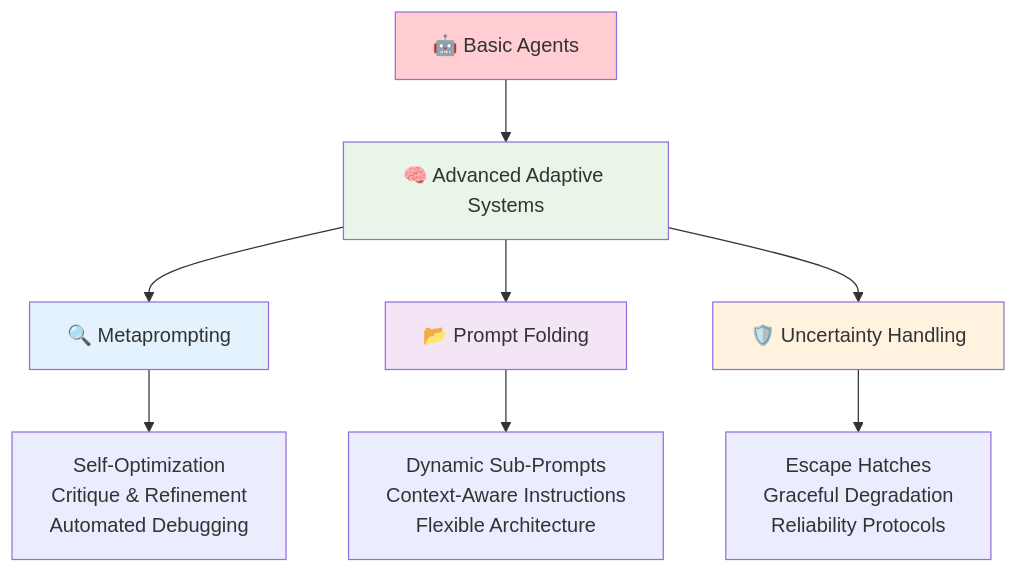
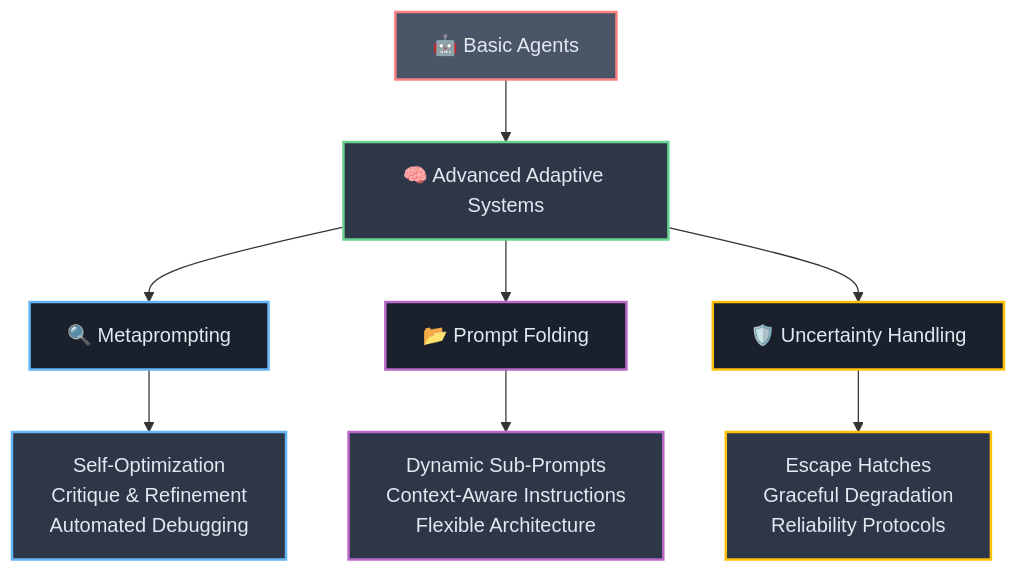
One commit to josemlopez/prompt_tutorial changed the first of 5 diagrams in Part_II_Section_7_Advanced_Agentic_Prompting_Metaprogramming_and_Self-Correction.md. Above: the diagram before and after it, drawn with Mermaid. The commit also changed other lines of this file and 7 other files, not shown here.

````diff
--- a/Part_II_Section_7_Advanced_Agentic_Prompting_Metaprogramming_and_Self-Correction.md
+++ b/Part_II_Section_7_Advanced_Agentic_Prompting_Metaprogramming_and_Self-Correction.md
@@ -5,20 +5,23 @@
 ```mermaid
 graph TB
-    A[🤖 Basic Agents] --> B[🧠 Advanced Adaptive Systems]
-    
-    B --> C[🔍 Metaprompting]
-    B --> D[📂 Prompt Folding]
-    B --> E[🛡️ Uncertainty Handling]
-    
-    C --> F[Self-Optimization<br/>Critique & Refinement<br/>Automated Debugging]
-    
-    D --> G[Dynamic Sub-Prompts<br/>Context-Aware Instructions<br/>Flexible Architecture]
-    
-    E --> H[Escape Hatches<br/>Graceful Degradation<br/>Reliability Protocols]
-    
-    style A fill:#ffcdd2
-    style B fill:#e8f5e8
-    style C fill:#e3f2fd
-    style D fill:#f3e5f5
-    style E fill:#fff3e0
+   A[🤖 Basic Agents] --> B[🧠 Advanced Adaptive Systems]
+   
+   B --> C[🔍 Metaprompting]
+   B --> D[📂 Prompt Folding]
+   B --> E[🛡️ Uncertainty Handling]
+   
+   C --> F[Self-Optimization<br/>Critique & Refinement<br/>Automated Debugging]
+   
+   D --> G[Dynamic Sub-Prompts<br/>Context-Aware Instructions<br/>Flexible Architecture]
+   
+   E --> H[Escape Hatches<br/>Graceful Degradation<br/>Reliability Protocols]
+   
+   style A fill:#4a5568,stroke:#fc8181,stroke-width:2px,color:#e2e8f0
+   style B fill:#2d3748,stroke:#68d391,stroke-width:2px,color:#e2e8f0
+   style C fill:#1a202c,stroke:#64b5f6,stroke-width:2px,color:#e2e8f0
+   style D fill:#1a202c,stroke:#ba68c8,stroke-width:2px,color:#e2e8f0
+   style E fill:#1a202c,stroke:#ffc107,stroke-width:2px,color:#e2e8f0
+   style F fill:#2d3748,stroke:#64b5f6,stroke-width:2px,color:#e2e8f0
+   style G fill:#2d3748,stroke:#ba68c8,stroke-width:2px,color:#e2e8f0
+   style H fill:#2d3748,stroke:#ffc107,stroke-width:2px,color:#e2e8f0
 ```
````
